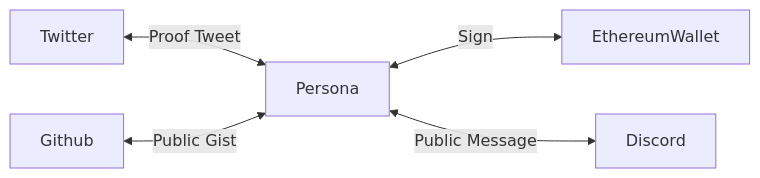
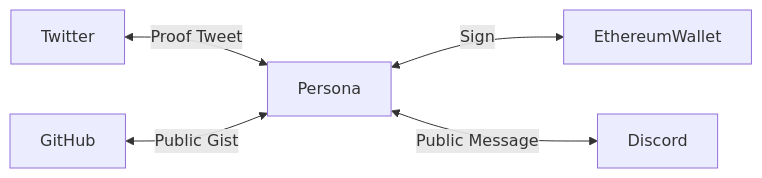
The diagram in i18n/zh-Hans/docusaurus-plugin-content-docs/current/proof-service/glossary.md (NextDotID/docs), drawn with Mermaid before and after one commit. The commit also changed other lines of this file and 12 other files, not shown here.

````diff
--- a/i18n/zh-Hans/docusaurus-plugin-content-docs/current/proof-service/glossary.md
+++ b/i18n/zh-Hans/docusaurus-plugin-content-docs/current/proof-service/glossary.md
@@ -20,8 +20,8 @@
 ```mermaid
 flowchart LR
 
 Twitter <-->|Proof Tweet|Persona
 Persona <-->|Sign|EthereumWallet
-Github <-->|Public Gist|Persona
+GitHub <-->|Public Gist|Persona
 Persona <-->|Public Message|Discord
 ```
````
